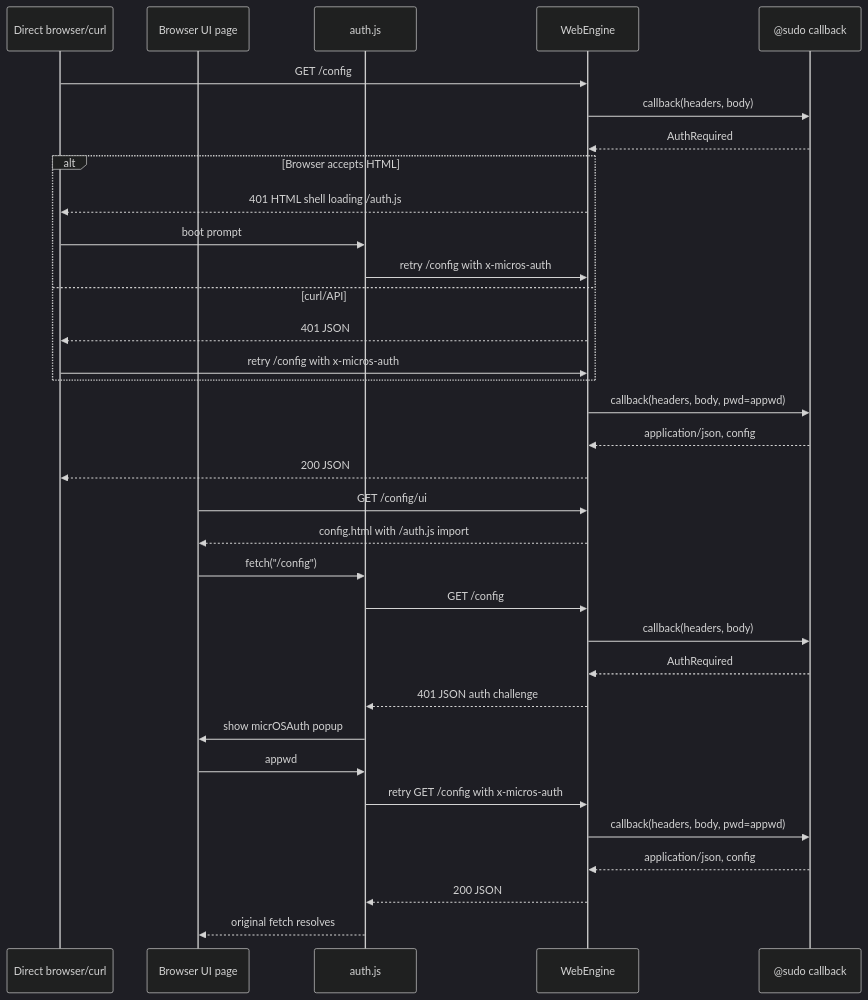
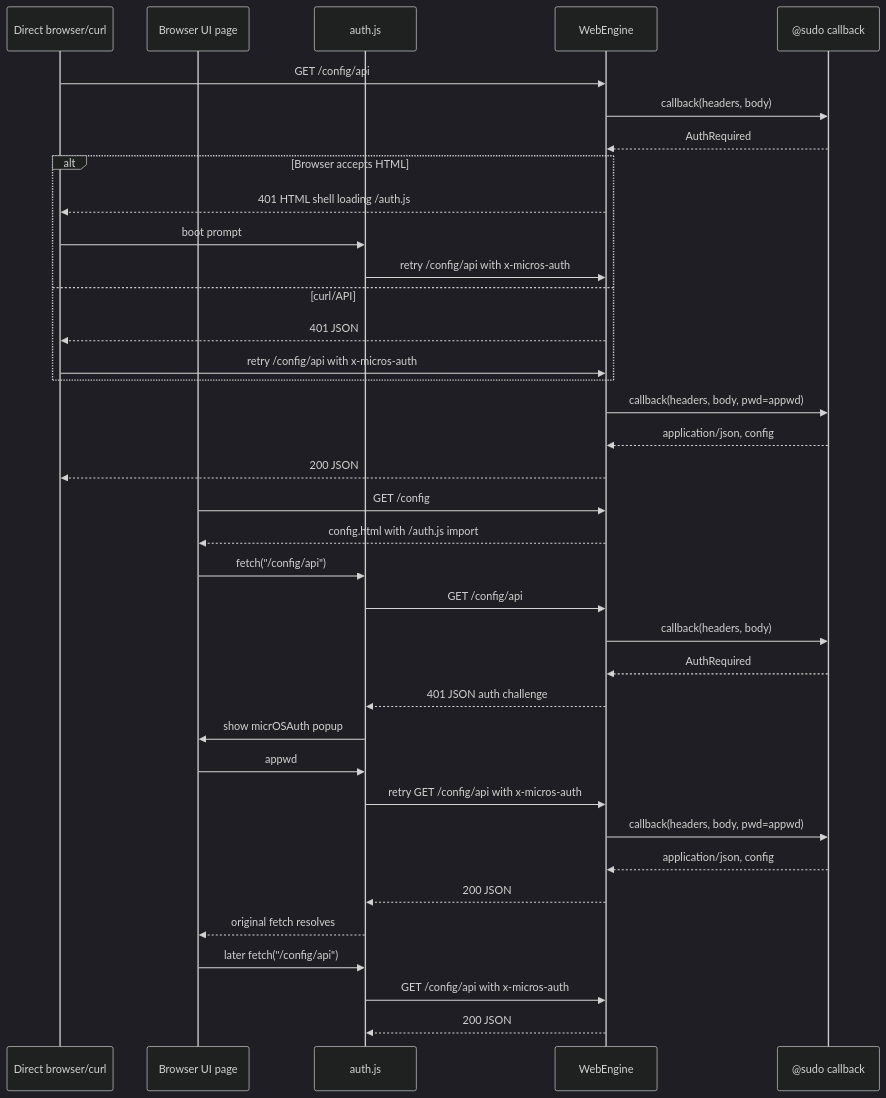
The third of 10 diagrams in micrOS/ARCHITECTURE.md (BxNxM/micrOS), drawn with Mermaid (dark theme) before and after one commit. The commit also changed other lines of this file and 14 other files, not shown here.

````diff
--- a/micrOS/ARCHITECTURE.md
+++ b/micrOS/ARCHITECTURE.md
@@ -186,38 +191,42 @@
 ```mermaid
 sequenceDiagram
     participant Client as Direct browser/curl
     participant UI as Browser UI page
     participant AuthJS as auth.js
     participant Web as WebEngine
     participant Sudo as @sudo callback
 
-    Client->>Web: GET /config
+    Client->>Web: GET /config/api
     Web->>Sudo: callback(headers, body)
     Sudo-->>Web: AuthRequired
     alt Browser accepts HTML
         Web-->>Client: 401 HTML shell loading /auth.js
         Client->>AuthJS: boot prompt
-        AuthJS->>Web: retry /config with x-micros-auth
+        AuthJS->>Web: retry /config/api with x-micros-auth
     else curl/API
         Web-->>Client: 401 JSON
-        Client->>Web: retry /config with x-micros-auth
+        Client->>Web: retry /config/api with x-micros-auth
     end
     Web->>Sudo: callback(headers, body, pwd=appwd)
     Sudo-->>Web: application/json, config
     Web-->>Client: 200 JSON
 
-    UI->>Web: GET /config/ui
+    UI->>Web: GET /config
     Web-->>UI: config.html with /auth.js import
-    UI->>AuthJS: fetch("/config")
-    AuthJS->>Web: GET /config
+    UI->>AuthJS: fetch("/config/api")
+    AuthJS->>Web: GET /config/api
     Web->>Sudo: callback(headers, body)
     Sudo-->>Web: AuthRequired
     Web-->>AuthJS: 401 JSON auth challenge
     AuthJS->>UI: show micrOSAuth popup
     UI->>AuthJS: appwd
-    AuthJS->>Web: retry GET /config with x-micros-auth
+    AuthJS->>Web: retry GET /config/api with x-micros-auth
     Web->>Sudo: callback(headers, body, pwd=appwd)
     Sudo-->>Web: application/json, config
     Web-->>AuthJS: 200 JSON
     AuthJS-->>UI: original fetch resolves
+
+    UI->>AuthJS: later fetch("/config/api")
+    AuthJS->>Web: GET /config/api with x-micros-auth
+    Web-->>AuthJS: 200 JSON
 ```
````
